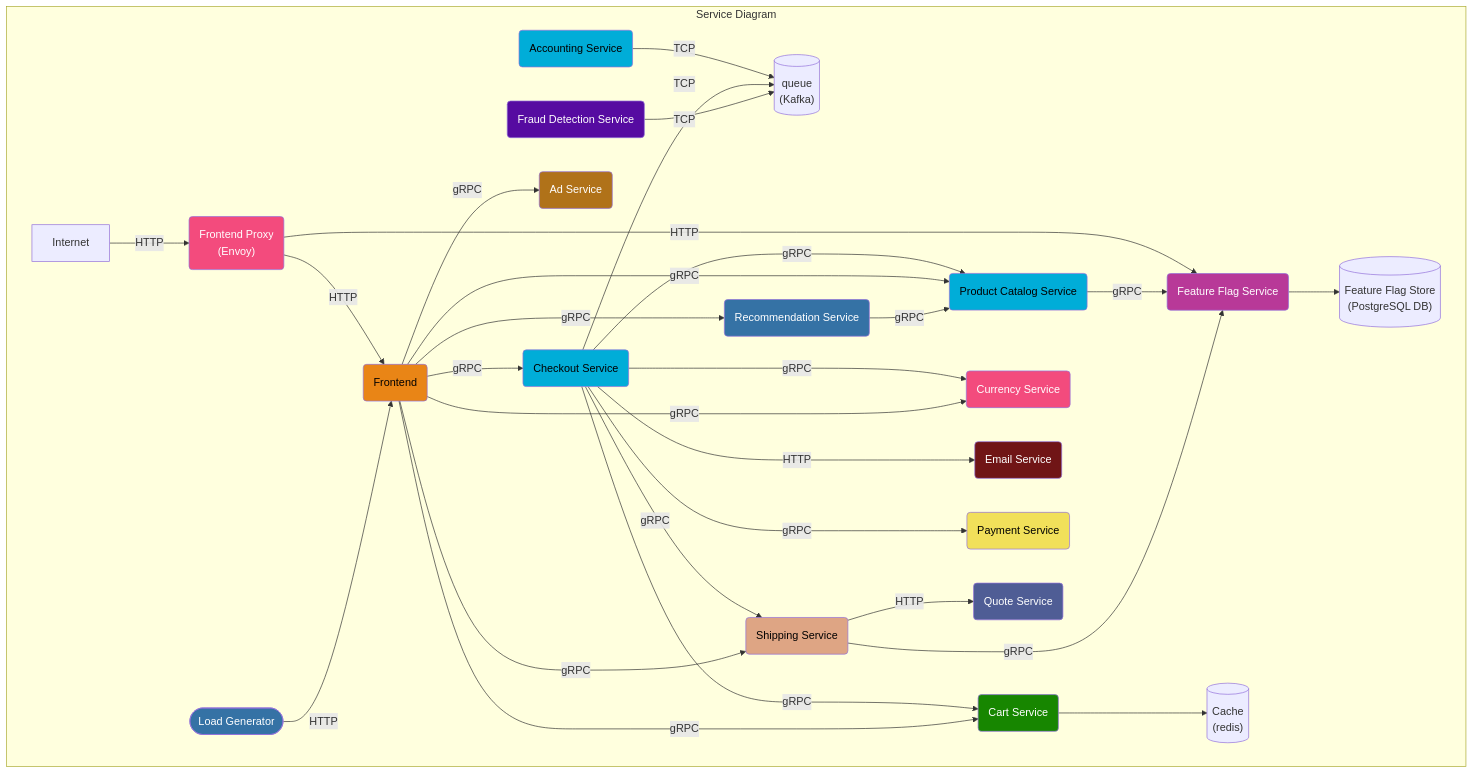
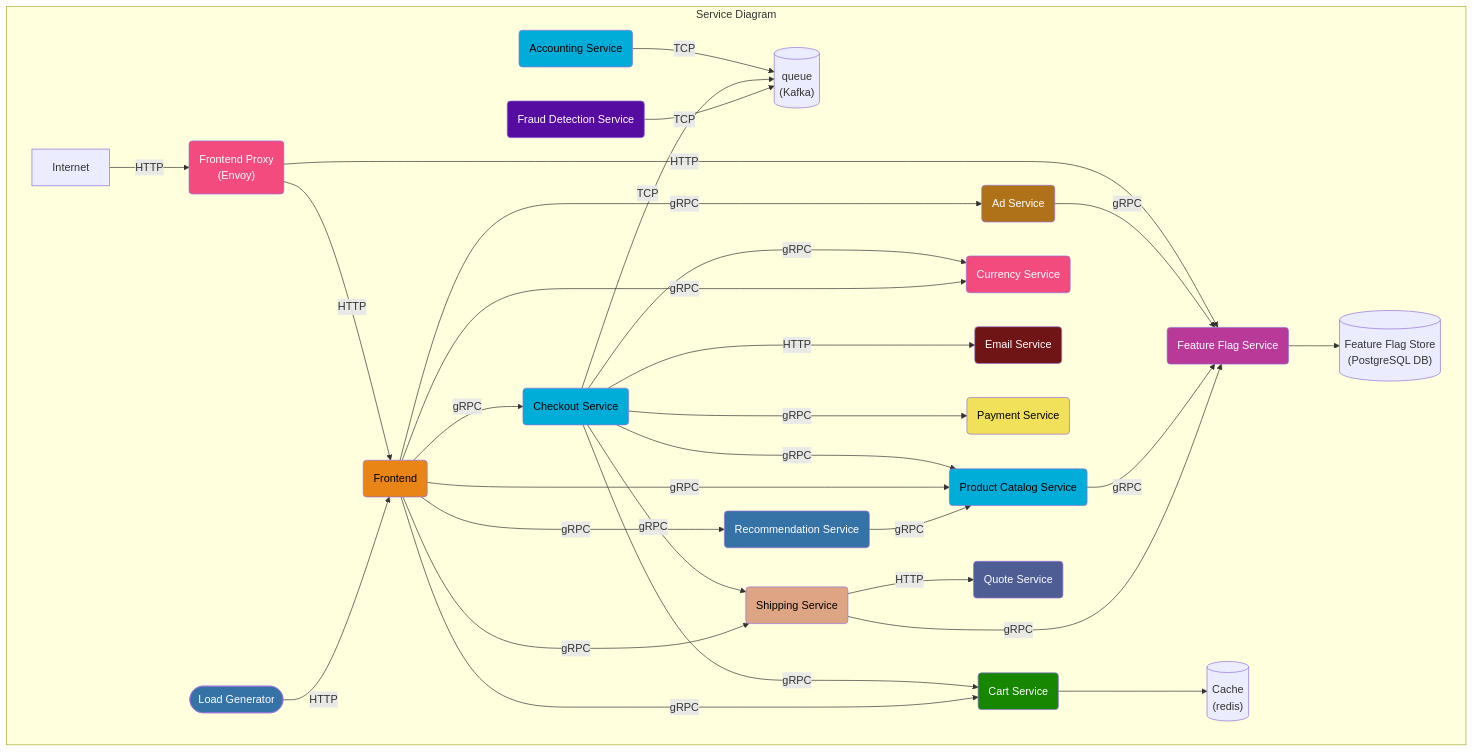
The first of 3 diagrams in docs/current_architecture.md (open-telemetry/opentelemetry-demo), drawn with Mermaid before and after one commit. The commit also changed 5 other files, not shown here.

````diff
--- a/docs/current_architecture.md
+++ b/docs/current_architecture.md
@@ -7,69 +7,71 @@
 ```mermaid
 graph TD
 subgraph Service Diagram
 accountingservice(Accounting Service):::golang
 adservice(Ad Service):::java
 cache[(Cache<br/>&#40redis&#41)]
 cartservice(Cart Service):::dotnet
 checkoutservice(Checkout Service):::golang
 currencyservice(Currency Service):::cpp
 emailservice(Email Service):::ruby
 frauddetectionservice(Fraud Detection Service):::kotlin
 frontend(Frontend):::typescript
 frontendproxy(Frontend Proxy <br/>&#40Envoy&#41):::cpp
 loadgenerator([Load Generator]):::python
 paymentservice(Payment Service):::javascript
 productcatalogservice(Product Catalog Service):::golang
 quoteservice(Quote Service):::php
 recommendationservice(Recommendation Service):::python
 shippingservice(Shipping Service):::rust
 featureflagservice(Feature Flag Service):::erlang
 featureflagstore[(Feature Flag Store<br/>&#40PostgreSQL DB&#41)]
 queue[(queue<br/>&#40Kafka&#41)]
 
 Internet -->|HTTP| frontendproxy
 frontendproxy -->|HTTP| frontend
 frontendproxy -->|HTTP| featureflagservice
 loadgenerator -->|HTTP| frontend
 
 accountingservice -->|TCP| queue
 
 checkoutservice --->|gRPC| cartservice --> cache
 checkoutservice --->|gRPC| productcatalogservice
 checkoutservice --->|gRPC| currencyservice
 checkoutservice --->|HTTP| emailservice
 checkoutservice --->|gRPC| paymentservice
 checkoutservice -->|gRPC| shippingservice
 checkoutservice -->|TCP| queue
 
 frontend -->|gRPC| adservice
 frontend -->|gRPC| cartservice
 frontend -->|gRPC| productcatalogservice
 frontend -->|gRPC| checkoutservice
 frontend -->|gRPC| currencyservice
 frontend -->|gRPC| recommendationservice -->|gRPC| productcatalogservice
 frontend -->|gRPC| shippingservice -->|HTTP| quoteservice
 
 frauddetectionservice -->|TCP| queue
 
+adservice -->|gRPC| featureflagservice
+
 productcatalogservice -->|gRPC| featureflagservice
 
 shippingservice -->|gRPC| featureflagservice
 
 featureflagservice --> featureflagstore
 
 end
 
 classDef dotnet fill:#178600,color:white;
 classDef cpp fill:#f34b7d,color:white;
 classDef erlang fill:#b83998,color:white;
 classDef golang fill:#00add8,color:black;
 classDef java fill:#b07219,color:white;
 classDef javascript fill:#f1e05a,color:black;
 classDef kotlin fill:#560ba1,color:white;
 classDef php fill:#4f5d95,color:white;
 classDef python fill:#3572A5,color:white;
 classDef ruby fill:#701516,color:white;
 classDef rust fill:#dea584,color:black;
 classDef typescript fill:#e98516,color:black;
 ```
````
